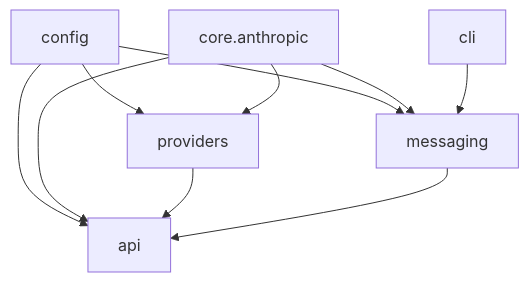
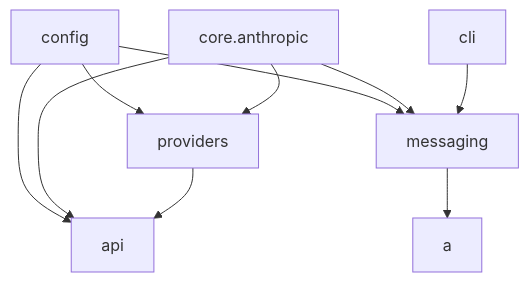
The diagram in free-claude-code/PLAN.md (trinhtu34/free-claude-code-custom-version), drawn with Mermaid before and after one commit. The commit also changed 2 other files, not shown here.

Commit message:
test github action

````diff
--- a/free-claude-code/PLAN.md
+++ b/free-claude-code/PLAN.md
@@ -27,12 +27,12 @@
 ```mermaid
 flowchart TD
     config[config] --> api[api]
     config --> providers[providers]
     config --> messaging[messaging]
     core[core.anthropic] --> api
     core --> providers
     core --> messaging
     providers --> api
     cli --> messaging
-    messaging --> api
+    messaging --> a
 ```
````
